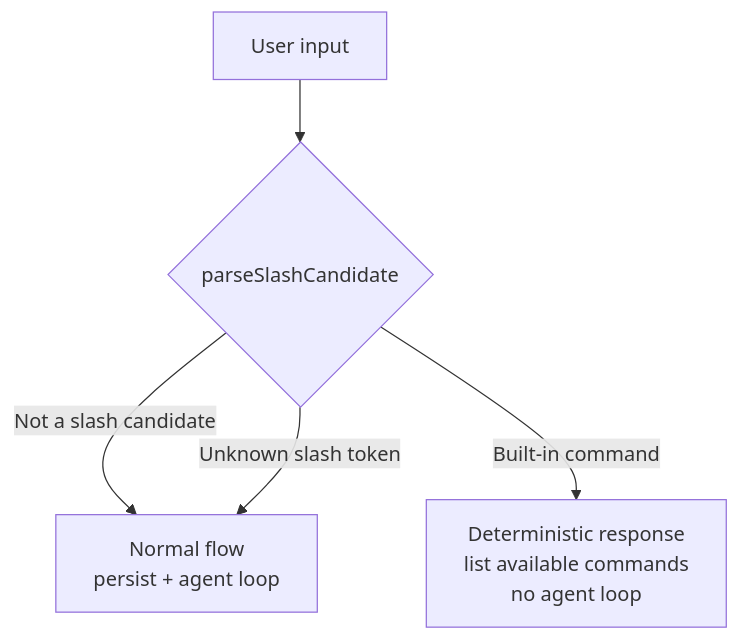
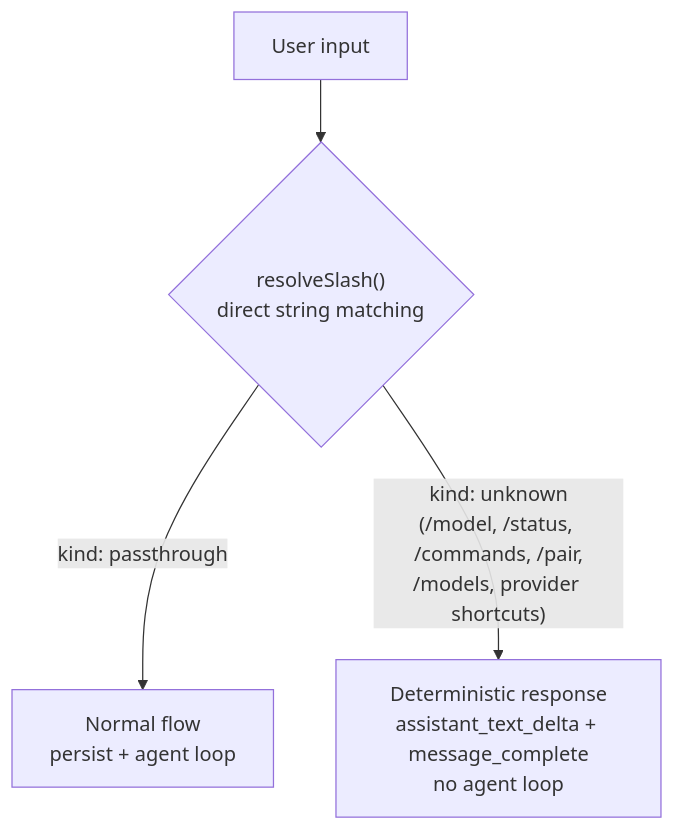
The sixth of 17 diagrams in assistant/ARCHITECTURE.md (vellum-ai/vellum-assistant), drawn with Mermaid before and after one commit. The commit also changed other lines of this file, not shown here.

Commit message:
fix: update ARCHITECTURE.md diagrams to remove stale slash command references

````diff
--- a/assistant/ARCHITECTURE.md
+++ b/assistant/ARCHITECTURE.md
@@ -1011,12 +1011,11 @@
 ```mermaid
 graph TB
     INPUT["User input"]
-    PARSE{"parseSlashCandidate"}
-    NONE["Normal flow<br/>persist + agent loop"]
-    UNKNOWN["Deterministic response<br/>list available commands<br/>no agent loop"]
+    RESOLVE{"resolveSlash()<br/>direct string matching"}
+    PASSTHROUGH["Normal flow<br/>persist + agent loop"]
+    HANDLED["Deterministic response<br/>assistant_text_delta + message_complete<br/>no agent loop"]
 
-    INPUT --> PARSE
-    PARSE -->|"Not a slash candidate"| NONE
-    PARSE -->|"Built-in command"| UNKNOWN
-    PARSE -->|"Unknown slash token"| NONE
+    INPUT --> RESOLVE
+    RESOLVE -->|"kind: passthrough"| PASSTHROUGH
+    RESOLVE -->|"kind: unknown<br/>(/model, /status, /commands, /pair,<br/>/models, provider shortcuts)"| HANDLED
 ```
````
